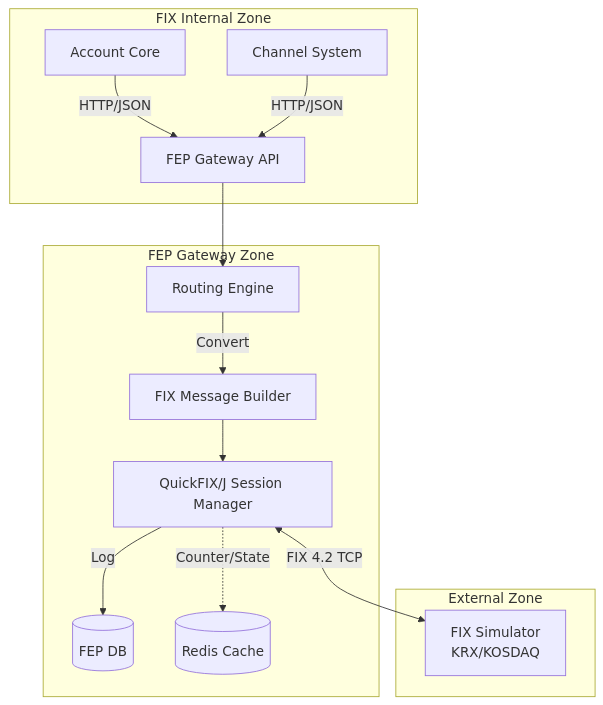
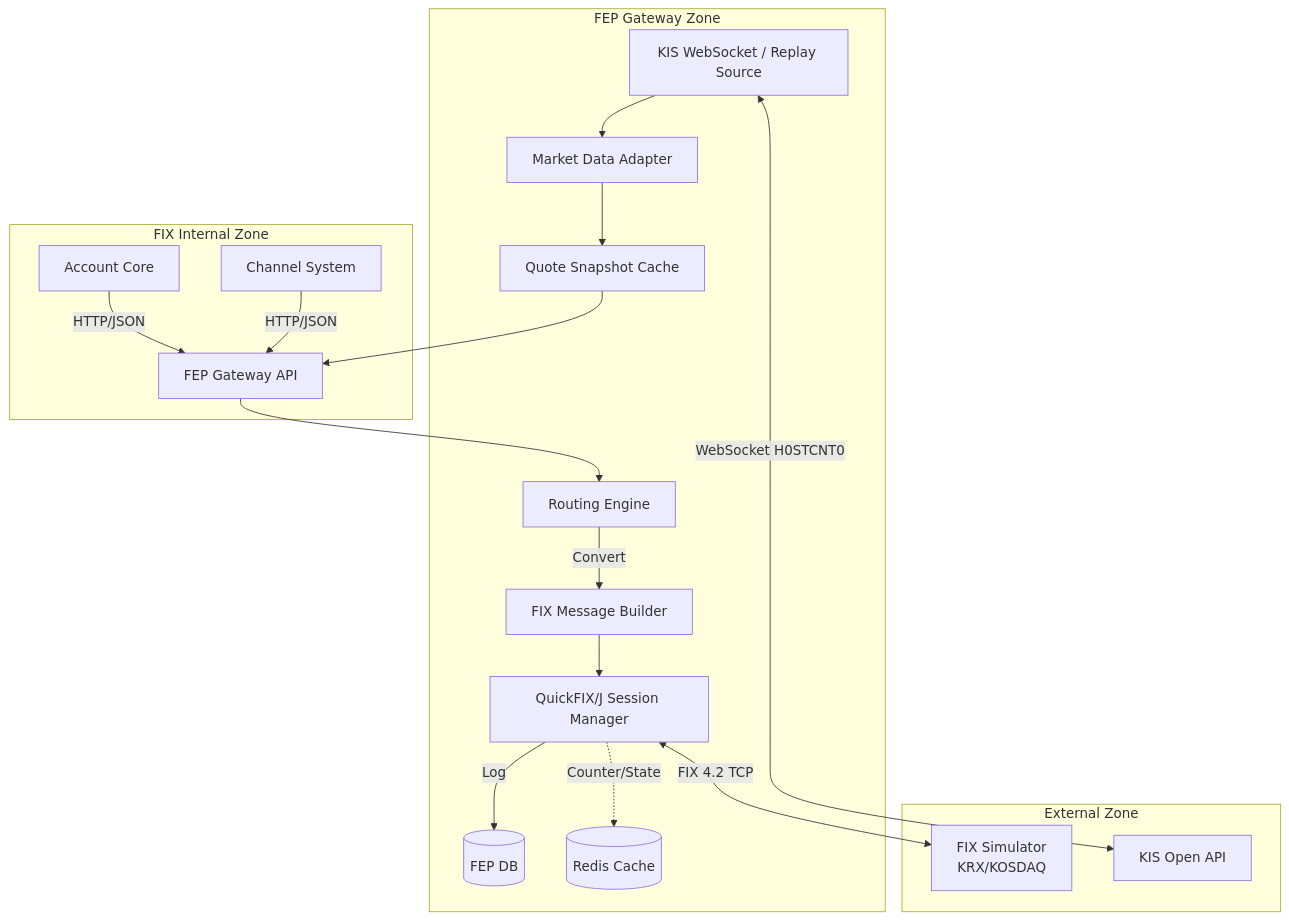
The diagram in _bmad-output/planning-artifacts/fep-gateway/gateway_architecture.md (DoYouLikeFIx/FIXYZ), drawn with Mermaid before and after one commit. The commit also changed other lines of this file and 18 other files, not shown here.

Commit message:
Feat: Add KIS Open API WebSocket contract specification for H0STCNT0

````diff
--- a/_bmad-output/planning-artifacts/fep-gateway/gateway_architecture.md
+++ b/_bmad-output/planning-artifacts/fep-gateway/gateway_architecture.md
@@ -10,20 +10,24 @@
 ```mermaid
 graph TD
     subgraph "FIX Internal Zone"
         Core[Account Core] -->|HTTP/JSON| GW_API[FEP Gateway API]
         Channel[Channel System] -->|HTTP/JSON| GW_API
     end
 
     subgraph "FEP Gateway Zone"
         GW_API --> Router[Routing Engine]
         Router -->|Convert| Translator[FIX Message Builder]
         Translator --> ConnMgr[QuickFIX/J Session Manager]
+        MDSrc[KIS WebSocket / Replay Source] --> MDAdapter[Market Data Adapter]
+        MDAdapter --> QuoteCache[Quote Snapshot Cache]
+        QuoteCache --> GW_API
         
         ConnMgr -->|Log| DB[(FEP DB)]
         ConnMgr -. Counter/State .-> Redis[(Redis Cache)]
     end
 
     subgraph "External Zone"
         ConnMgr <-->|FIX 4.2 TCP| Sim[FIX Simulator \nKRX/KOSDAQ]
+        MDSrc <-->|WebSocket H0STCNT0| KIS[KIS Open API]
     end
 ```
````
